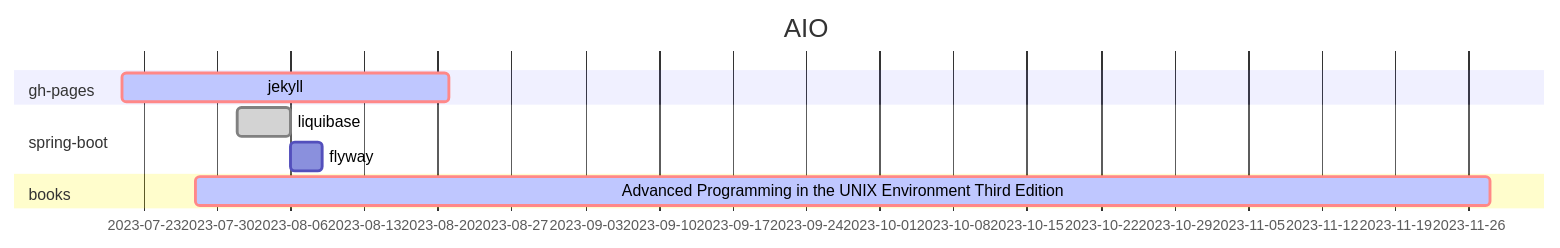
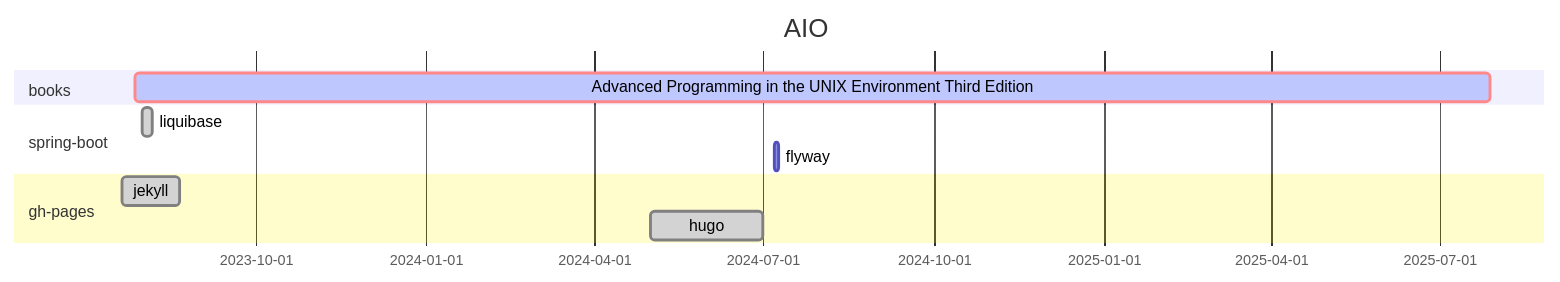
One commit to aiclr/aiclr changed the diagram in README.md. Above: the diagram before and after it, drawn with Mermaid.

````diff
--- a/README.md
+++ b/README.md
@@ -3,12 +3,14 @@
 ```mermaid
 gantt
     dateFormat YYYY-MM-DD HH:mm:dd
     title AIO
-    section gh-pages
-        jekyll: crit, active, 2023-07-21, 1M
+    section books
+        Advanced Programming in the UNIX Environment Third Edition:  crit, active,apue, 2023-07-28, 2y
     section spring-boot
         liquibase: done, 2023-08-01, 5d
-        flyway: 3d
-    section books
-        Advanced Programming in the UNIX Environment Third Edition:  crit, active,apue, 2023-07-28, 4M
+        flyway: 2024-07-07, 2d
+    section gh-pages
+        jekyll: done, 2023-07-21, 1M
+        hugo:  done, 2024-05-01, 2M
+
 ```
````
